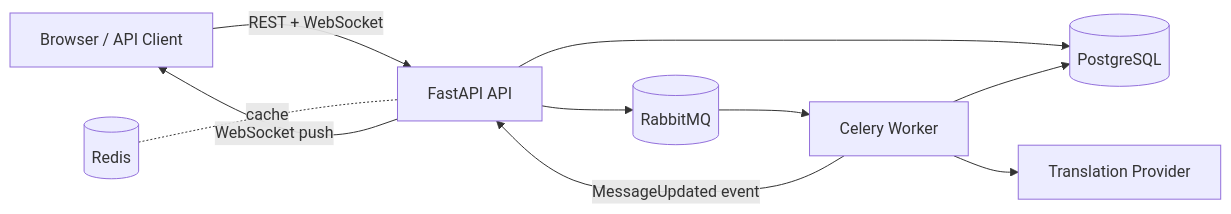
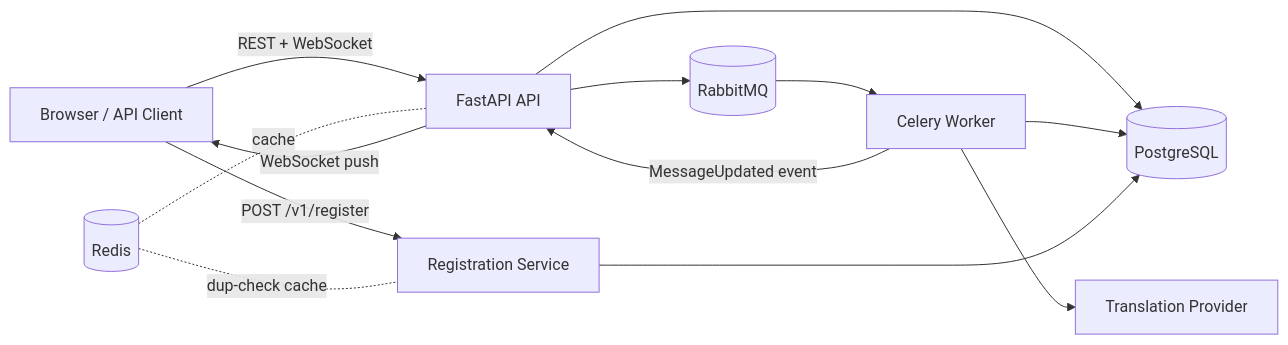
The first of 2 diagrams in README.md (dohtem81/prism), drawn with Mermaid before and after one commit. The commit also changed other lines of this file and 22 other files, not shown here.

Commit message:
feat: implement standalone registration service with account creation and duplicate-check logic

````diff
--- a/README.md
+++ b/README.md
@@ -17,20 +17,24 @@
 ```mermaid
 flowchart LR
   Client[Browser / API Client]
   API[FastAPI API]
+  Registration[Registration Service]
   PG[(PostgreSQL)]
   MQ[(RabbitMQ)]
   Worker[Celery Worker]
   LLM[Translation Provider]
   Redis[(Redis)]
 
   Client -->|REST + WebSocket| API
+  Client -->|POST /v1/register| Registration
   API --> PG
   API --> MQ
   MQ --> Worker
   Worker --> LLM
   Worker --> PG
   Worker -->|MessageUpdated event| API
   API -->|WebSocket push| Client
+  Registration --> PG
   Redis -.-|cache| API
+  Redis -.-|dup-check cache| Registration
 ```
````
